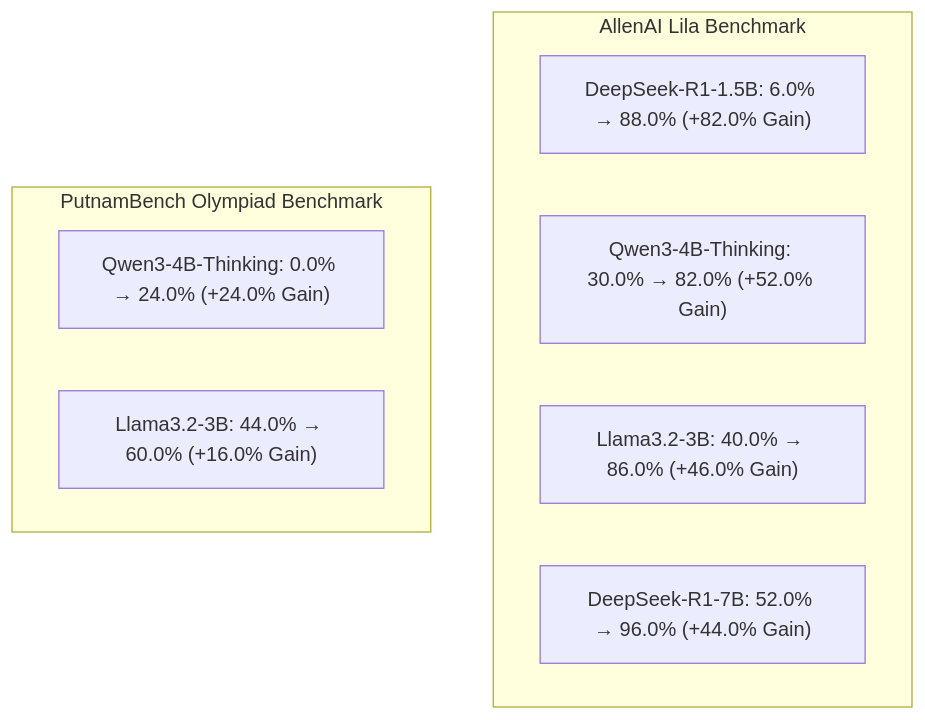
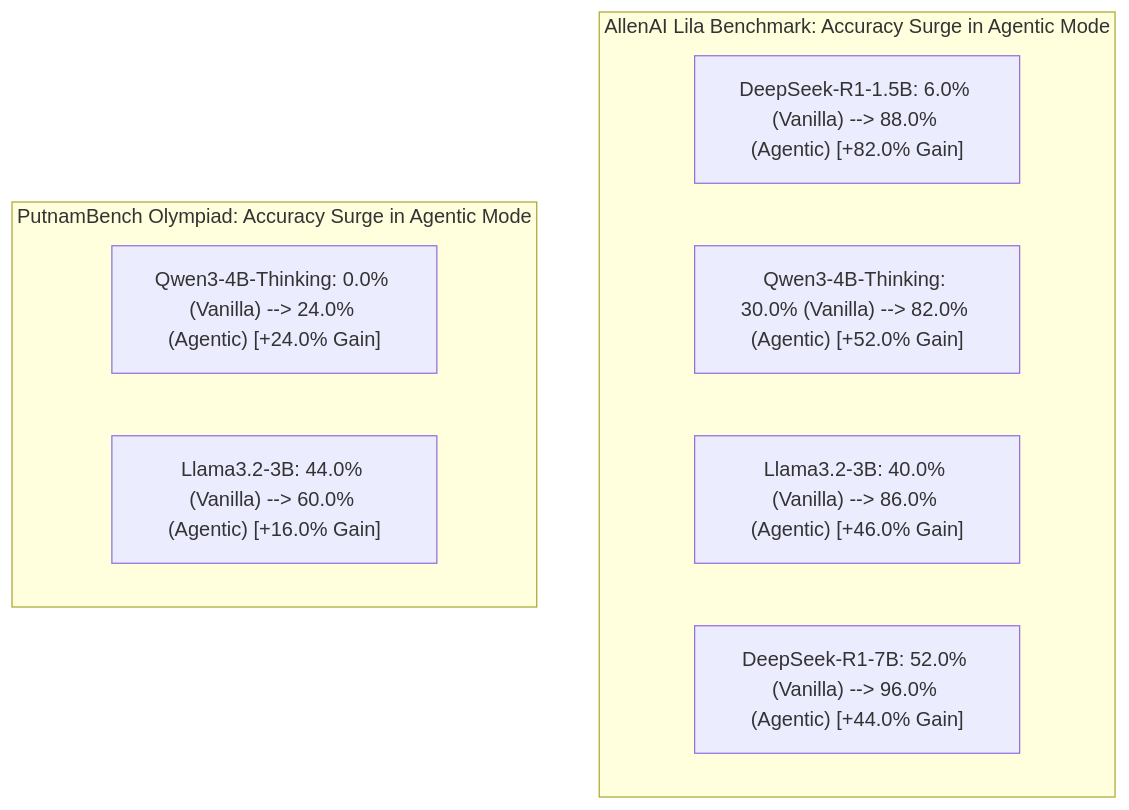
The second of 3 diagrams in CONSOLIDATED_BENCHMARK_REPORT.md (AtishayJain2503/metacognition-eval), drawn with Mermaid before and after one commit. The commit also changed other lines of this file and 1 other file, not shown here.

Commit message:
docs: fix mermaid diagrams with universal standard syntax for seamless rendering across all markdown viewers

````diff
--- a/CONSOLIDATED_BENCHMARK_REPORT.md
+++ b/CONSOLIDATED_BENCHMARK_REPORT.md
@@ -186,13 +186,13 @@
 ```mermaid
 graph TD
-    subgraph AllenAI Lila Benchmark
-        L1["DeepSeek-R1-1.5B: 6.0% → 88.0% (+82.0% Gain)"]
-        L2["Qwen3-4B-Thinking: 30.0% → 82.0% (+52.0% Gain)"]
-        L3["Llama3.2-3B: 40.0% → 86.0% (+46.0% Gain)"]
-        L4["DeepSeek-R1-7B: 52.0% → 96.0% (+44.0% Gain)"]
+    subgraph Lila_Benchmark["AllenAI Lila Benchmark: Accuracy Surge in Agentic Mode"]
+        L1["DeepSeek-R1-1.5B: 6.0% (Vanilla) --> 88.0% (Agentic) [+82.0% Gain]"]
+        L2["Qwen3-4B-Thinking: 30.0% (Vanilla) --> 82.0% (Agentic) [+52.0% Gain]"]
+        L3["Llama3.2-3B: 40.0% (Vanilla) --> 86.0% (Agentic) [+46.0% Gain]"]
+        L4["DeepSeek-R1-7B: 52.0% (Vanilla) --> 96.0% (Agentic) [+44.0% Gain]"]
     end
-    subgraph PutnamBench Olympiad Benchmark
-        P1["Qwen3-4B-Thinking: 0.0% → 24.0% (+24.0% Gain)"]
-        P2["Llama3.2-3B: 44.0% → 60.0% (+16.0% Gain)"]
+    subgraph Putnam_Benchmark["PutnamBench Olympiad: Accuracy Surge in Agentic Mode"]
+        P1["Qwen3-4B-Thinking: 0.0% (Vanilla) --> 24.0% (Agentic) [+24.0% Gain]"]
+        P2["Llama3.2-3B: 44.0% (Vanilla) --> 60.0% (Agentic) [+16.0% Gain]"]
     end
 ```
````
